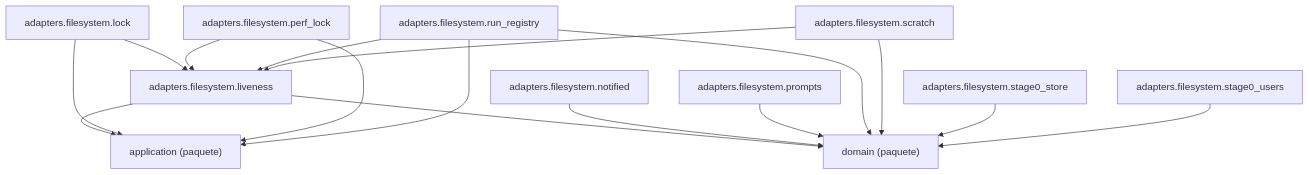
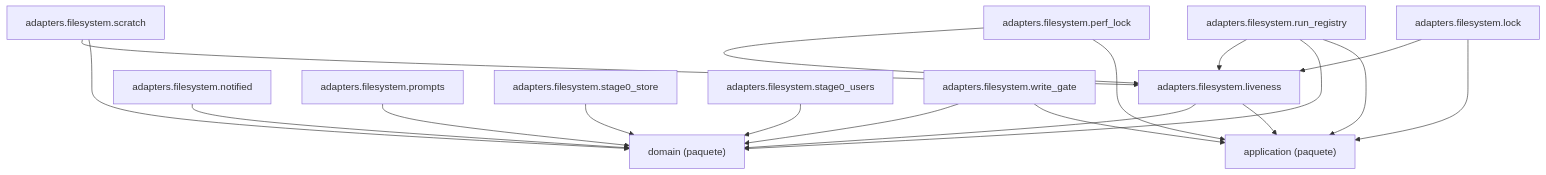
Before and after one commit to GonzaloZevallos/agentic-system: the diagram in docs/architecture/generated/packages-process-adapters-filesystem-2.md, drawn with Mermaid. The commit also changed 9 other files, not shown here.

Commit message:
Regenerate the architecture docs after the merge

````diff
--- a/docs/architecture/generated/packages-process-adapters-filesystem-2.md
+++ b/docs/architecture/generated/packages-process-adapters-filesystem-2.md
@@ -15,29 +15,32 @@
 ```mermaid
 graph TD
     g_pkg__application["application (paquete)"]
     g_pkg__domain["domain (paquete)"]
     m_adapters__filesystem__liveness["adapters.filesystem.liveness"]
     m_adapters__filesystem__lock["adapters.filesystem.lock"]
     m_adapters__filesystem__notified["adapters.filesystem.notified"]
     m_adapters__filesystem__perf_lock["adapters.filesystem.perf_lock"]
     m_adapters__filesystem__prompts["adapters.filesystem.prompts"]
     m_adapters__filesystem__run_registry["adapters.filesystem.run_registry"]
     m_adapters__filesystem__scratch["adapters.filesystem.scratch"]
     m_adapters__filesystem__stage0_store["adapters.filesystem.stage0_store"]
     m_adapters__filesystem__stage0_users["adapters.filesystem.stage0_users"]
+    m_adapters__filesystem__write_gate["adapters.filesystem.write_gate"]
     m_adapters__filesystem__liveness --> g_pkg__application
     m_adapters__filesystem__liveness --> g_pkg__domain
     m_adapters__filesystem__lock --> g_pkg__application
     m_adapters__filesystem__lock --> m_adapters__filesystem__liveness
     m_adapters__filesystem__notified --> g_pkg__domain
     m_adapters__filesystem__perf_lock --> g_pkg__application
     m_adapters__filesystem__perf_lock --> m_adapters__filesystem__liveness
     m_adapters__filesystem__prompts --> g_pkg__domain
     m_adapters__filesystem__run_registry --> g_pkg__application
     m_adapters__filesystem__run_registry --> g_pkg__domain
     m_adapters__filesystem__run_registry --> m_adapters__filesystem__liveness
     m_adapters__filesystem__scratch --> g_pkg__domain
     m_adapters__filesystem__scratch --> m_adapters__filesystem__liveness
     m_adapters__filesystem__stage0_store --> g_pkg__domain
     m_adapters__filesystem__stage0_users --> g_pkg__domain
+    m_adapters__filesystem__write_gate --> g_pkg__application
+    m_adapters__filesystem__write_gate --> g_pkg__domain
 ```
````
